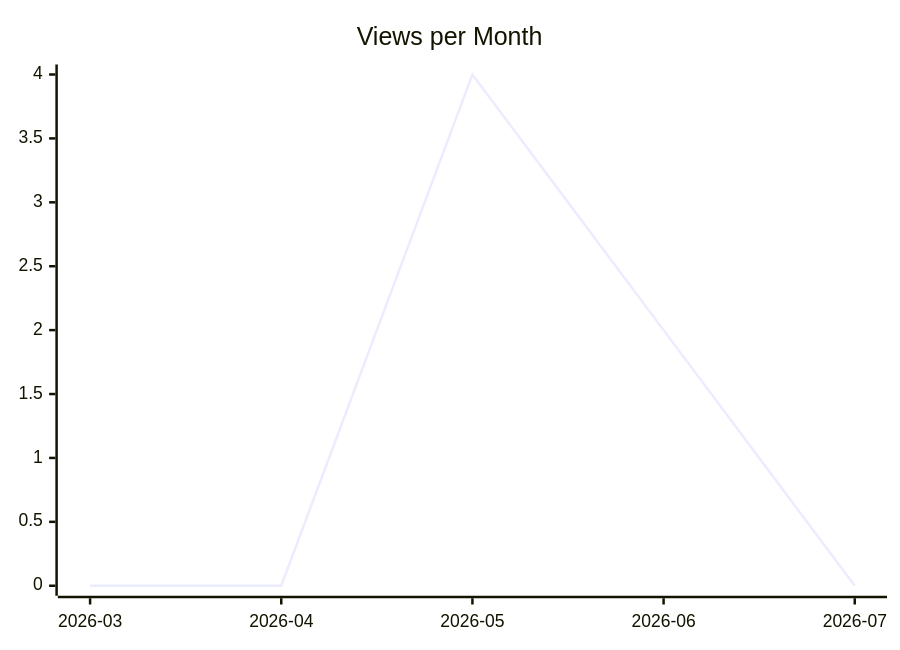
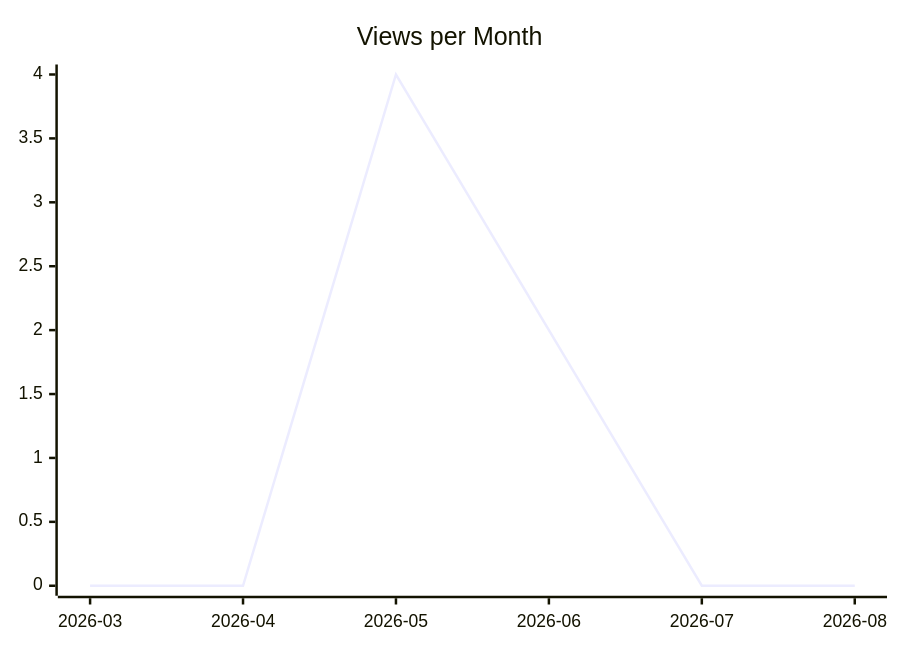
One commit to justdavis-family/github-analytics-data changed the second of 3 diagrams in karlmdavis/kobjects/README.md. Above: the diagram before and after it, drawn with Mermaid. The commit also changed other lines of this file and 180 other files, not shown here.

````diff
--- a/karlmdavis/kobjects/README.md
+++ b/karlmdavis/kobjects/README.md
@@ -12,6 +12,6 @@
 ```mermaid
 xychart-beta
   title "Views per Month"
-  x-axis ["2026-03", "2026-04", "2026-05", "2026-06", "2026-07"]
-  line [0, 0, 4, 2, 0]
+  x-axis ["2026-03", "2026-04", "2026-05", "2026-06", "2026-07", "2026-08"]
+  line [0, 0, 4, 2, 0, 0]
 ```
````
